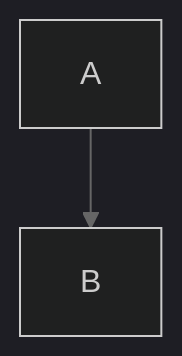
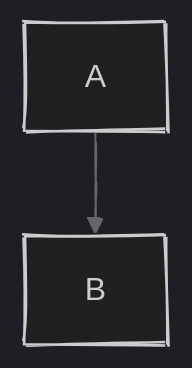
One commit to el-feo/ai-context changed the first of 2 diagrams in plugins/general/skills/mermaid-diagrams/references/advanced-features.md. Above: the diagram before and after it, drawn with Mermaid. The commit also changed other lines of this file and 8 other files, not shown here.

First line of the commit message:
refactor(general): reduce mermaid-diagrams SKILL.md and trim oversized references (#207)

````diff
--- a/plugins/general/skills/mermaid-diagrams/references/advanced-features.md
+++ b/plugins/general/skills/mermaid-diagrams/references/advanced-features.md
@@ -9,15 +5,17 @@
 ```mermaid
 ---
 config:
   theme: dark
+  look: handDrawn
+  layout: dagre
   themeVariables:
     primaryColor: "#ff6b6b"
     primaryTextColor: "#fff"
     primaryBorderColor: "#333"
     lineColor: "#666"
     secondaryColor: "#4ecdc4"
     tertiaryColor: "#ffe66d"
 ---
 flowchart TD
     A --> B
 ```
````
